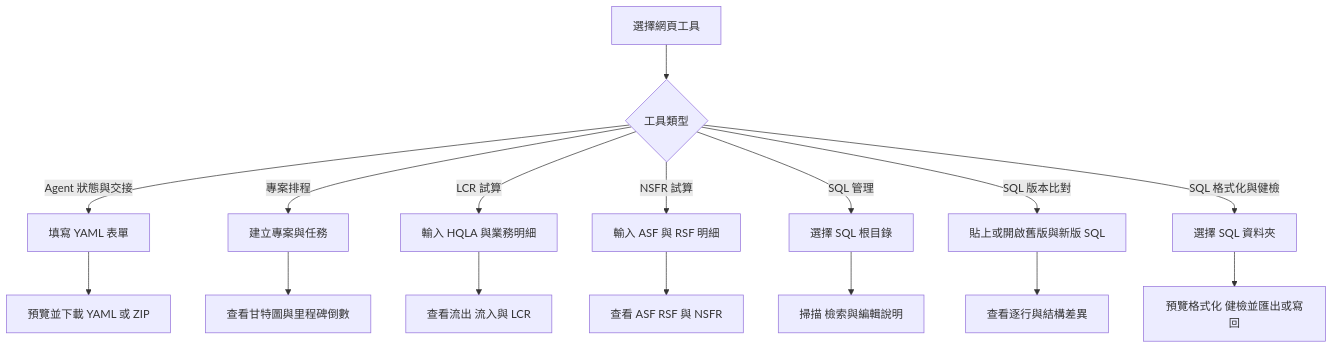
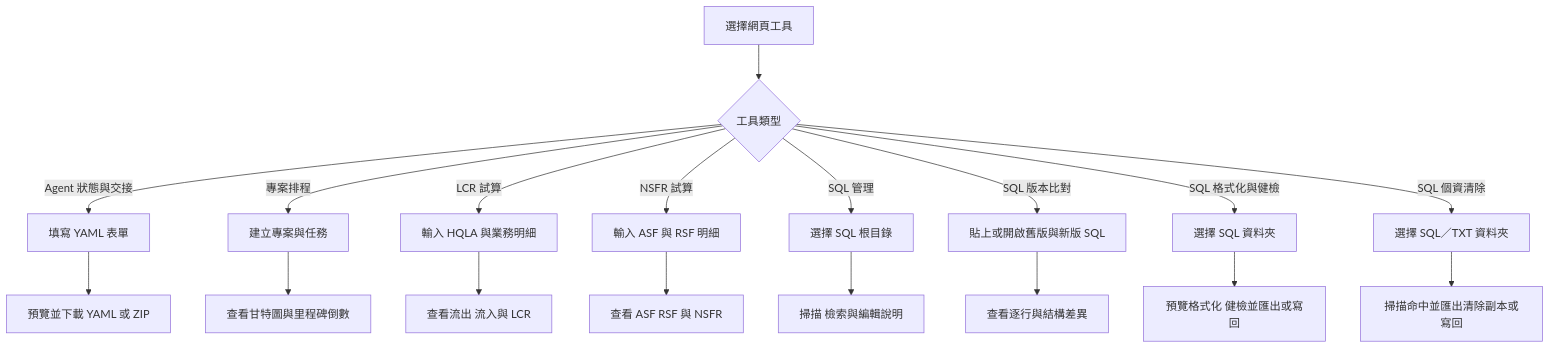
One commit to DunkLiao/my-spa-tools changed the first of 9 diagrams in README.md. Above: the diagram before and after it, drawn with Mermaid. The commit also changed other lines of this file, not shown here.

````diff
--- a/README.md
+++ b/README.md
@@ -44,18 +49,20 @@
 ```mermaid
 flowchart TD
     A[選擇網頁工具] --> B{工具類型}
     B -->|Agent 狀態與交接| C[填寫 YAML 表單]
     B -->|專案排程| D[建立專案與任務]
     B -->|LCR 試算| E[輸入 HQLA 與業務明細]
     B -->|NSFR 試算| K[輸入 ASF 與 RSF 明細]
     B -->|SQL 管理| I[選擇 SQL 根目錄]
     B -->|SQL 版本比對| M[貼上或開啟舊版與新版 SQL]
     B -->|SQL 格式化與健檢| N[選擇 SQL 資料夾]
+    B -->|SQL 個資清除| Q[選擇 SQL／TXT 資料夾]
     C --> F[預覽並下載 YAML 或 ZIP]
     D --> G[查看甘特圖與里程碑倒數]
     E --> H[查看流出 流入與 LCR]
     K --> L[查看 ASF RSF 與 NSFR]
     I --> J[掃描 檢索與編輯說明]
     M --> O[查看逐行與結構差異]
     N --> P[預覽格式化 健檢並匯出或寫回]
+    Q --> R[掃描命中並匯出清除副本或寫回]
 ```
````
